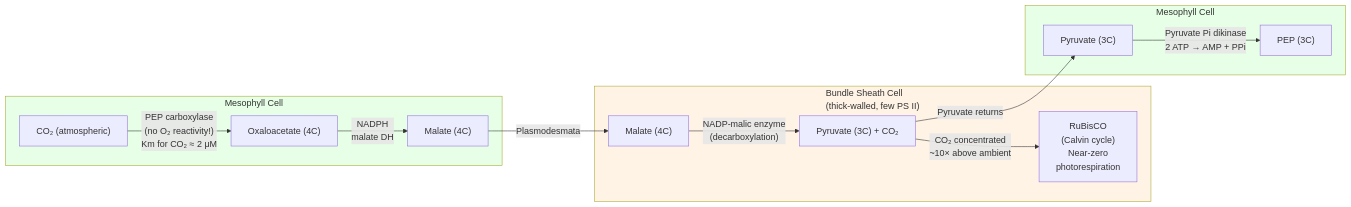
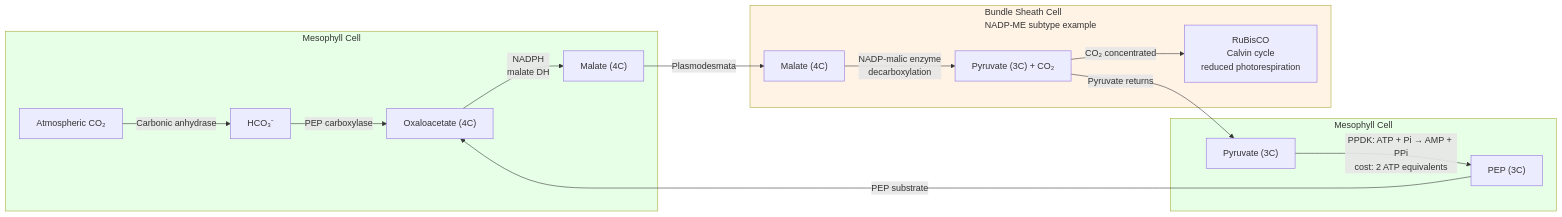
The third of 6 diagrams in docs/manuscript/unit_III/photosynthesis.md (docxology/biology_textbook), drawn with Mermaid before and after one commit. The commit also changed other lines of this file and 444 other files, not shown here.

````diff
--- a/docs/manuscript/unit_III/photosynthesis.md
+++ b/docs/manuscript/unit_III/photosynthesis.md
@@ -577,23 +572,25 @@
 ```mermaid
 flowchart LR
     subgraph MC ["Mesophyll Cell"]
-        A["CO₂ (atmospheric)"] -->|"PEP carboxylase<br/>(no O₂ reactivity!)<br/>Km for CO₂ ≈ 2 μM"| B["Oxaloacetate (4C)"]
+        A["Atmospheric CO₂"] -->|"Carbonic anhydrase"| Bic["HCO₃⁻"]
+        Bic -->|"PEP carboxylase"| B["Oxaloacetate (4C)"]
         B -->|"NADPH<br/>malate DH"| C["Malate (4C)"]
     end
 
-    subgraph BSC ["Bundle Sheath Cell<br/>(thick-walled, few PS II)"]
-        D["Malate (4C)"] -->|"NADP-malic enzyme<br/>(decarboxylation)"| E["Pyruvate (3C) + CO₂"]
-        E -->|"CO₂ concentrated<br/>~10× above ambient"| F["RuBisCO<br/>(Calvin cycle)<br/>Near-zero<br/>photorespiration"]
+    subgraph BSC ["Bundle Sheath Cell<br/>NADP-ME subtype example"]
+        D["Malate (4C)"] -->|"NADP-malic enzyme<br/>decarboxylation"| E["Pyruvate (3C) + CO₂"]
+        E -->|"CO₂ concentrated"| F["RuBisCO<br/>Calvin cycle<br/>reduced photorespiration"]
     end
 
     subgraph MC2 ["Mesophyll Cell"]
-        G["Pyruvate (3C)"] -->|"Pyruvate Pi dikinase<br/>2 ATP → AMP + PPi"| H["PEP (3C)"]
+        G["Pyruvate (3C)"] -->|"PPDK: ATP + Pi → AMP + PPi<br/>cost: 2 ATP equivalents"| H["PEP (3C)"]
     end
 
     C -->|"Plasmodesmata"| D
     E -->|"Pyruvate returns"| G
+    H -->|"PEP substrate"| B
 
     style MC fill:#e6ffe6
     style BSC fill:#fff3e6
     style MC2 fill:#e6ffe6
 ```
````
